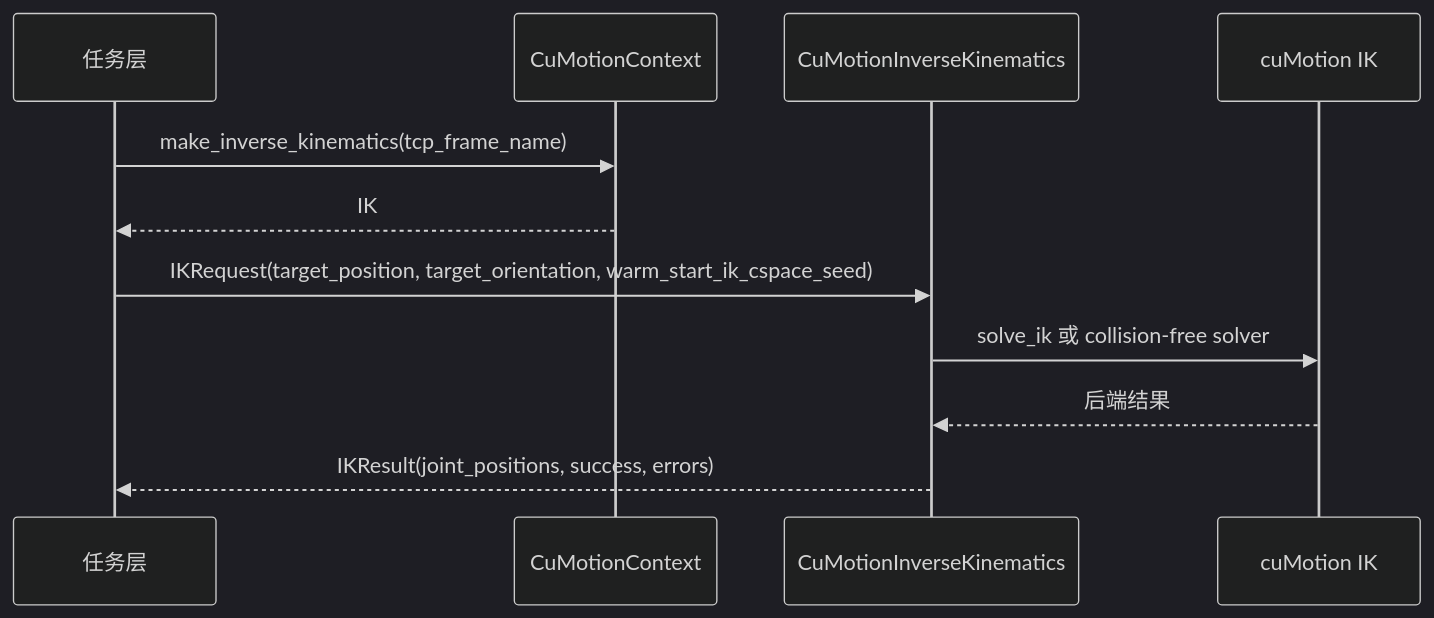
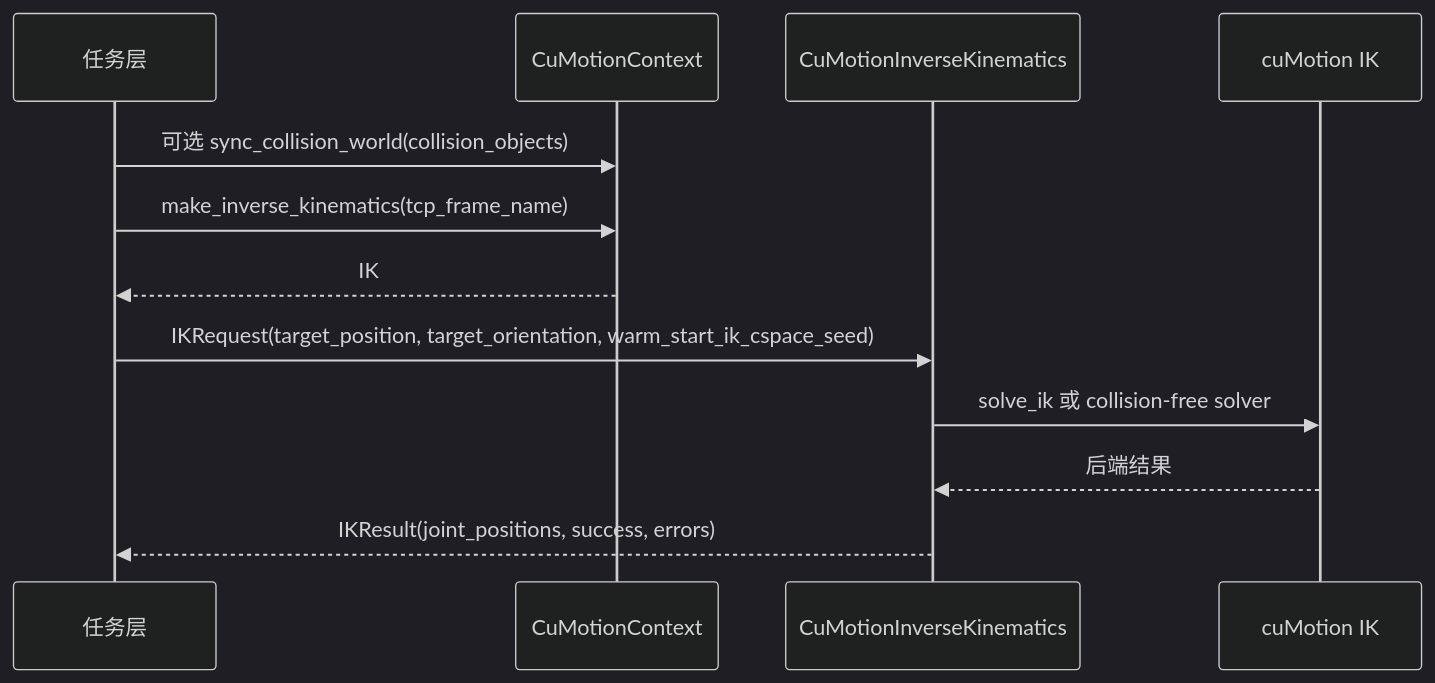
The third of 3 diagrams in docs/cumotion_interface.md (linker-bot/linker-sim-isaac), drawn with Mermaid (dark theme) before and after one commit. The commit also changed other lines of this file and 27 other files, not shown here.

````diff
--- a/docs/cumotion_interface.md
+++ b/docs/cumotion_interface.md
@@ -532,14 +574,15 @@
 ```mermaid
 sequenceDiagram
     participant Task as 任务层
     participant Ctx as CuMotionContext
     participant IK as CuMotionInverseKinematics
     participant Cu as cuMotion IK
 
+    Task->>Ctx: 可选 sync_collision_world(collision_objects)
     Task->>Ctx: make_inverse_kinematics(tcp_frame_name)
     Ctx-->>Task: IK
     Task->>IK: IKRequest(target_position, target_orientation, warm_start_ik_cspace_seed)
     IK->>Cu: solve_ik 或 collision-free solver
     Cu-->>IK: 后端结果
     IK-->>Task: IKResult(joint_positions, success, errors)
 ```
````
